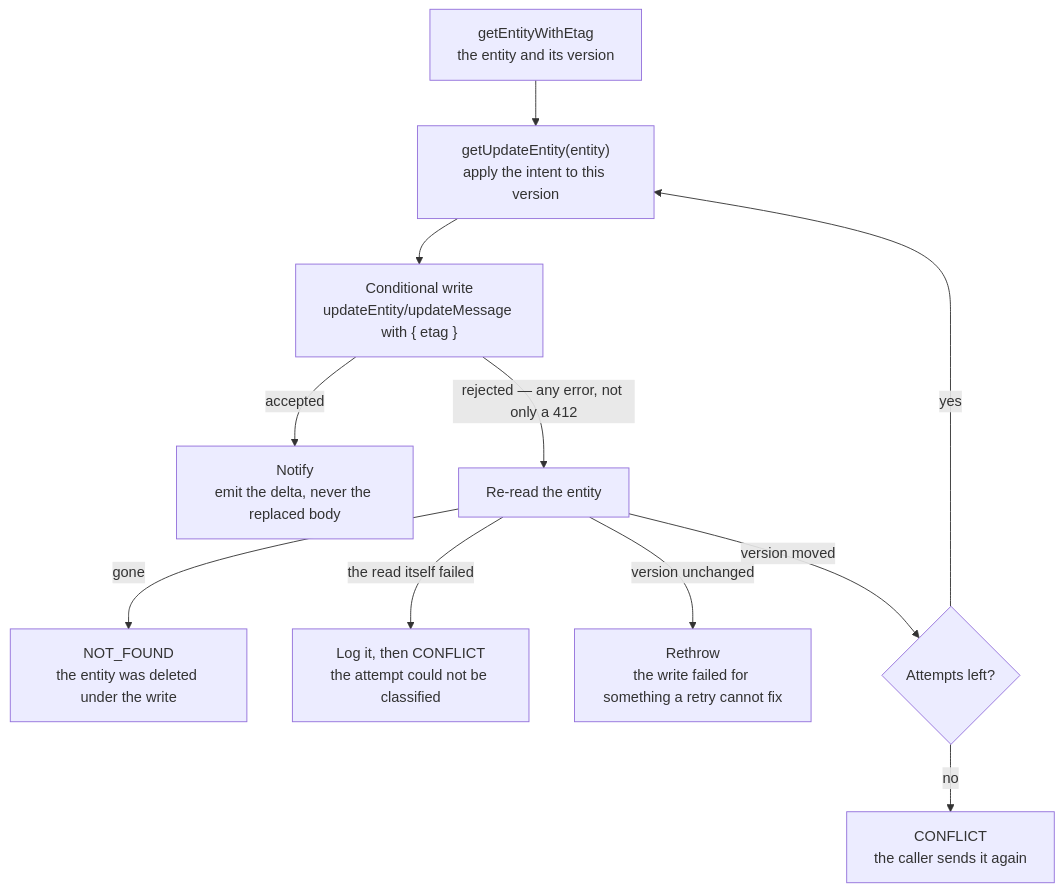
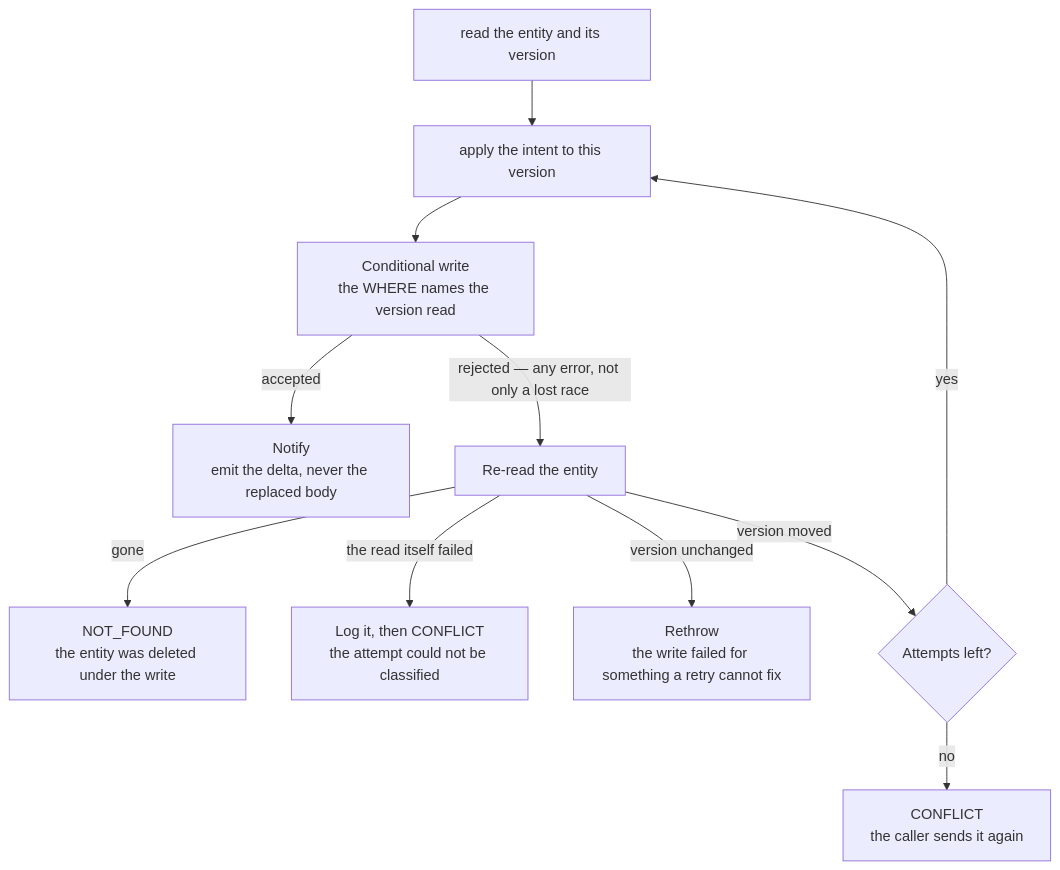
One commit to Esposter/Esposter changed the diagram in openspec/specs/architecture/conditional-writes/design.md. Above: the diagram before and after it, drawn with Mermaid. The commit also changed other lines of this file and 11 other files, not shown here.

````diff
--- a/openspec/specs/architecture/conditional-writes/design.md
+++ b/openspec/specs/architecture/conditional-writes/design.md
@@ -25,13 +25,13 @@
 ```mermaid
 flowchart TD
-  R["getEntityWithEtag<br/>the entity and its version"] --> D["getUpdateEntity(entity)<br/>apply the intent to this version"]
-  D --> W["Conditional write<br/>updateEntity/updateMessage with { etag }"]
+  R["read the entity and its version"] --> D["apply the intent to this version"]
+  D --> W["Conditional write<br/>the WHERE names the version read"]
   W -->|"accepted"| N["Notify<br/>emit the delta, never the replaced body"]
-  W -->|"rejected — any error, not only a 412"| RR["Re-read the entity"]
+  W -->|"rejected — any error, not only a lost race"| RR["Re-read the entity"]
   RR -->|"gone"| NF["NOT_FOUND<br/>the entity was deleted under the write"]
   RR -->|"the read itself failed"| RF["Log it, then CONFLICT<br/>the attempt could not be classified"]
   RR -->|"version unchanged"| PE["Rethrow<br/>the write failed for something a retry cannot fix"]
   RR -->|"version moved"| B{"Attempts left?"}
   B -->|"yes"| D
   B -->|"no"| C["CONFLICT<br/>the caller sends it again"]
 ```
````
